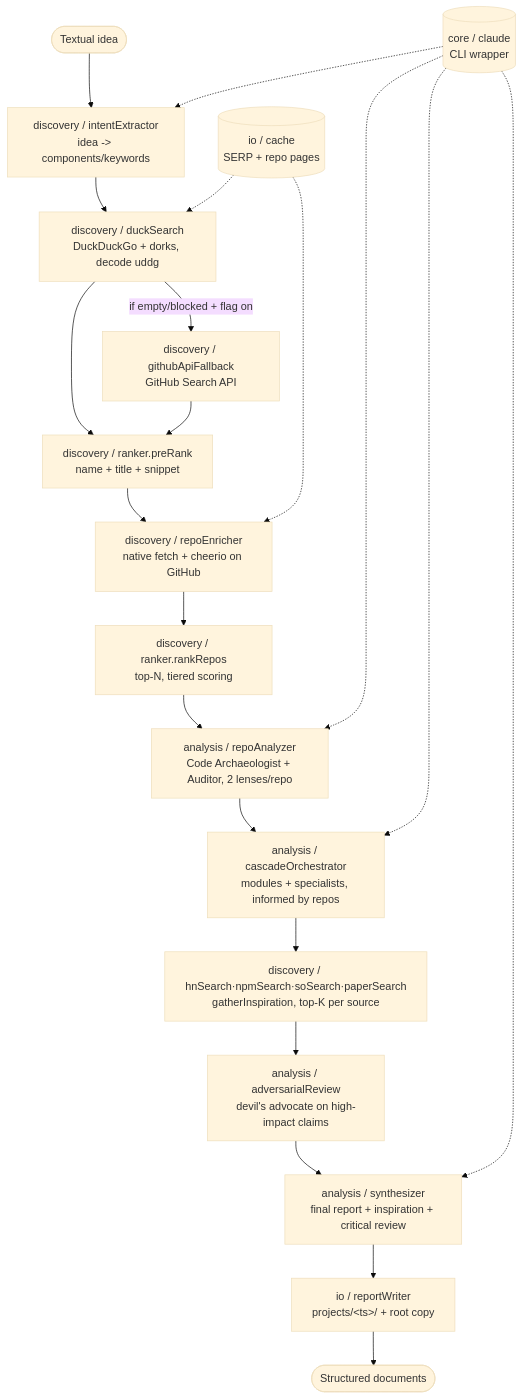
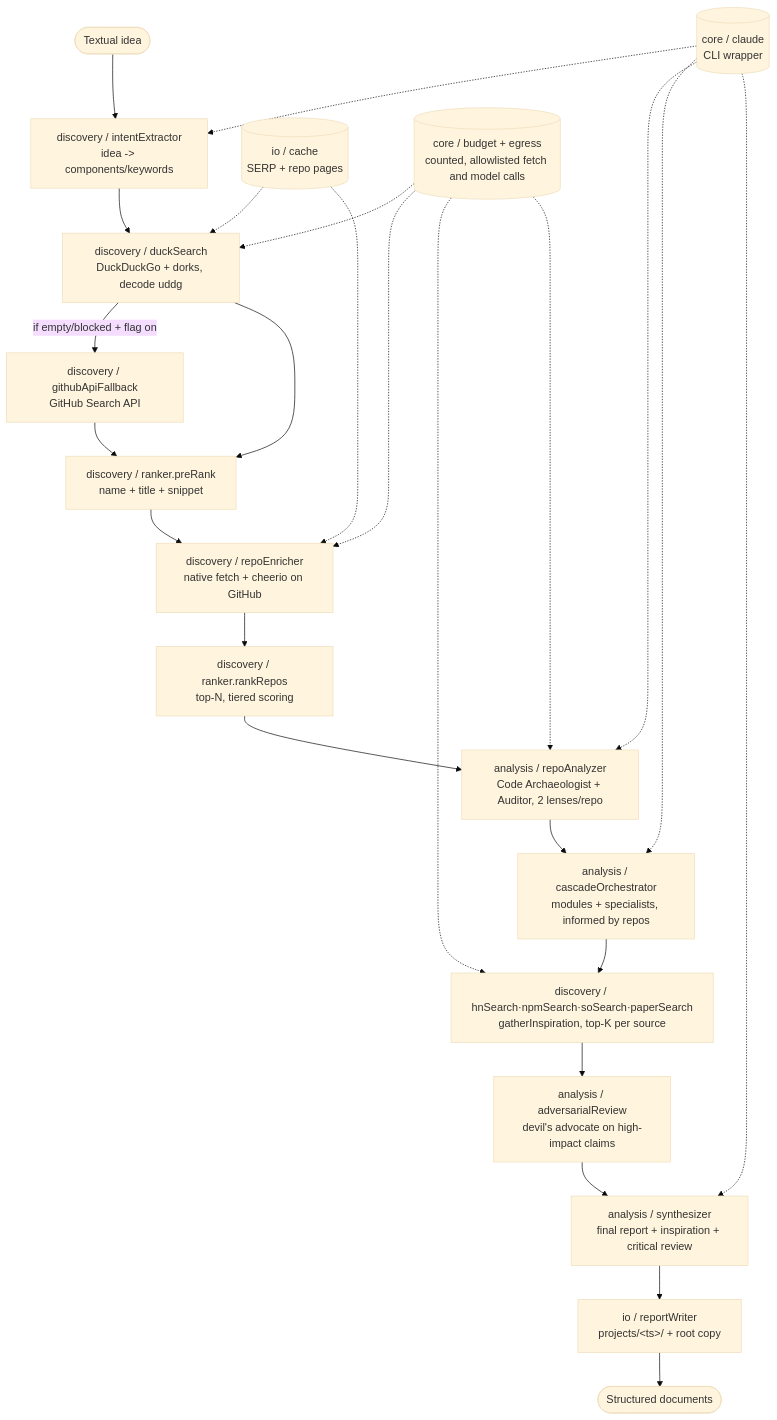
One commit to G10DC/git-researcher changed the first of 2 diagrams in docs/ARCHITECTURE.md. Above: the diagram before and after it, drawn with Mermaid (base theme). The commit also changed other lines of this file and 12 other files, not shown here.

````diff
--- a/docs/ARCHITECTURE.md
+++ b/docs/ARCHITECTURE.md
@@ -9,24 +9,28 @@
 ```mermaid
 flowchart TD
     Idea([Textual idea]) --> INTENT[discovery / intentExtractor<br/>idea -> components/keywords]
     INTENT --> SEARCH[discovery / duckSearch<br/>DuckDuckGo + dorks, decode uddg]
     SEARCH -->|if empty/blocked + flag on| FALLBACK[discovery / githubApiFallback<br/>GitHub Search API]
     SEARCH --> PRERANK[discovery / ranker.preRank<br/>name + title + snippet]
     FALLBACK --> PRERANK
     PRERANK --> ENRICH[discovery / repoEnricher<br/>native fetch + cheerio on GitHub]
     ENRICH --> RANK[discovery / ranker.rankRepos<br/>top-N, tiered scoring]
     RANK --> ANALYZE[analysis / repoAnalyzer<br/>Code Archaeologist + Auditor, 2 lenses/repo]
     ANALYZE --> CASCADE[analysis / cascadeOrchestrator<br/>modules + specialists, informed by repos]
     CASCADE --> INSPIRATION[discovery / hnSearch·npmSearch·soSearch·paperSearch<br/>gatherInspiration, top-K per source]
     INSPIRATION --> REVIEW[analysis / adversarialReview<br/>devil's advocate on high-impact claims]
     REVIEW --> SYNTH[analysis / synthesizer<br/>final report + inspiration + critical review]
     SYNTH --> WRITE[io / reportWriter<br/>projects/&lt;ts&gt;/ + root copy]
     WRITE --> Docs([Structured documents])
 
     CACHE[(io / cache<br/>SERP + repo pages)] -.-> SEARCH
     CACHE -.-> ENRICH
     CLAUDE[(core / claude<br/>CLI wrapper)] -.-> INTENT
     CLAUDE -.-> ANALYZE
     CLAUDE -.-> CASCADE
     CLAUDE -.-> SYNTH
+    GUARD[(core / budget + egress<br/>counted, allowlisted fetch and model calls)] -.-> SEARCH
+    GUARD -.-> ENRICH
+    GUARD -.-> INSPIRATION
+    GUARD -.-> ANALYZE
 ```
````
